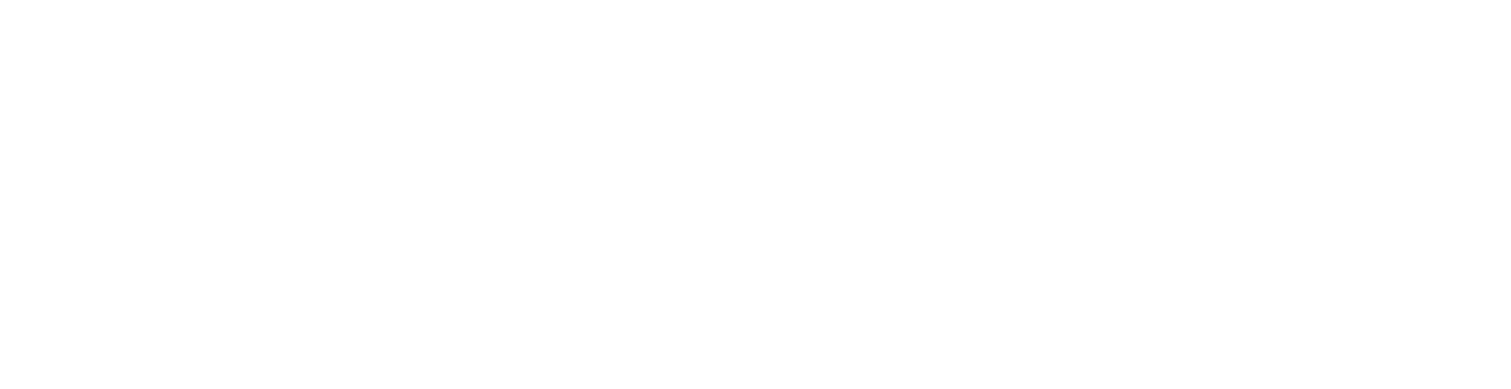
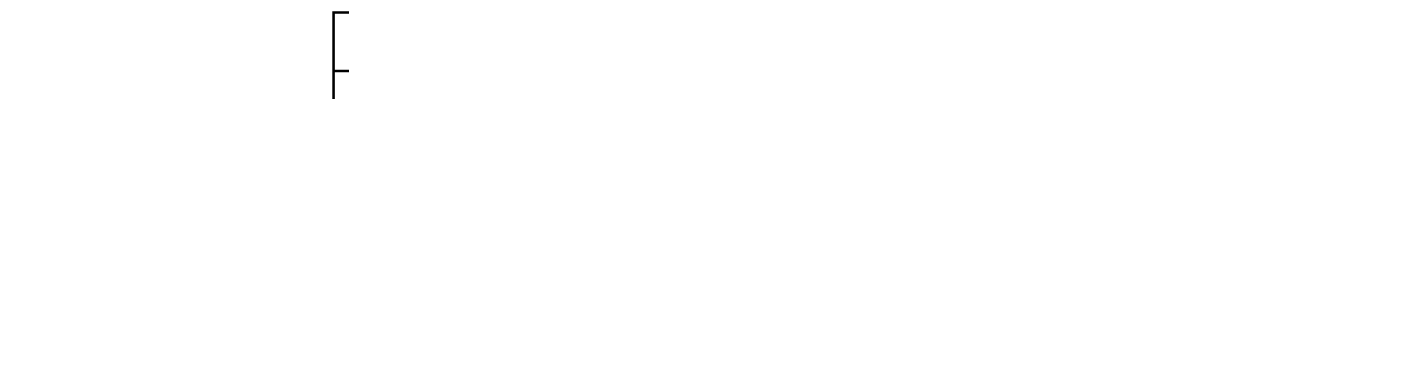
The diagram in doc/src/ressources/table_capteur.dot (gravitezero/VxWorks-Driver), drawn with Graphviz before and after one commit. The commit also changed 17 other files, not shown here.

Commit message:
conception graphique complète

```diff
--- a/doc/src/ressources/table_capteur.dot
+++ b/doc/src/ressources/table_capteur.dot
@@ -1,21 +1,21 @@
 digraph table_capteur {
 		
 	graph [
 		fontsize = 11.5;
 		dpi = 300;
 	]
 	
-	"table_capteur" [
+	"table_capt" [
 		headlabel = "truc"
-		label = "{table_capteur|{<capt0> 0| 1| 2| 3| 4| 5| 6| 7| 8| 9| 10| 11| 12| 13| 14}}"
+		label = "{table_capt|{<capt0> 0| 1| 2| 3| 4| 5| 6| 7| 8| 9| 10| 11| 12| 13| 14}}"
 		shape = "record"
 	]
 
-	"description_capteur" [
-		label = "description_capteur|{char nom[TAILLE_NOM];| int idCAN;| /*others*/}"
+	"specific_t" [
+		label = "specific_t|{char name[NAME_SIZE];| EtatCapteur state; | int address;}"
 		shape = "record"
 	]
 
-	table_capteur:capt0 -> description_capteur	
+	table_capt:capt0 -> specific_t	
 
 }
```
